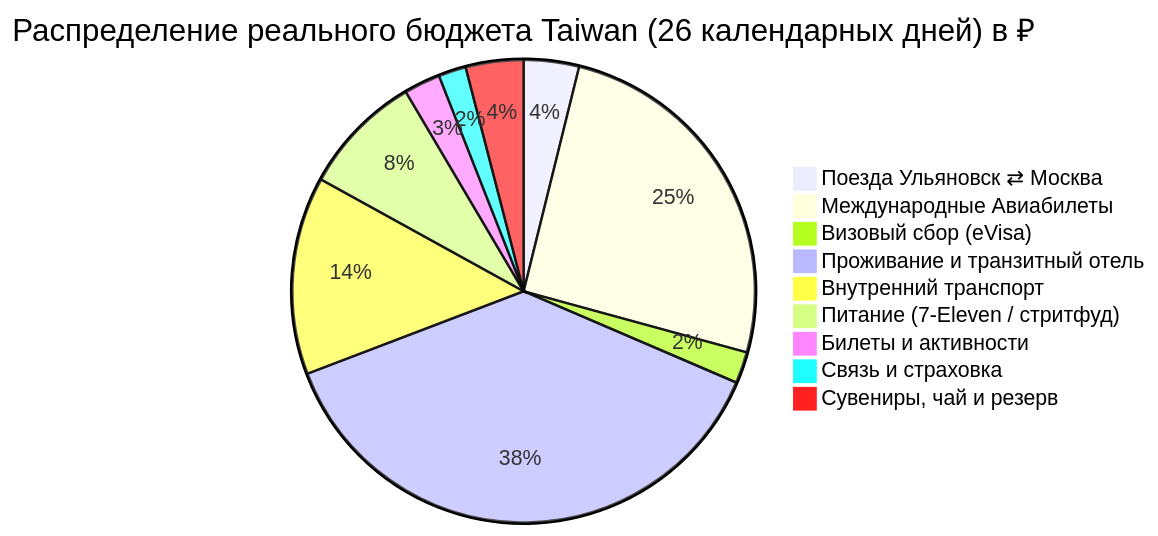
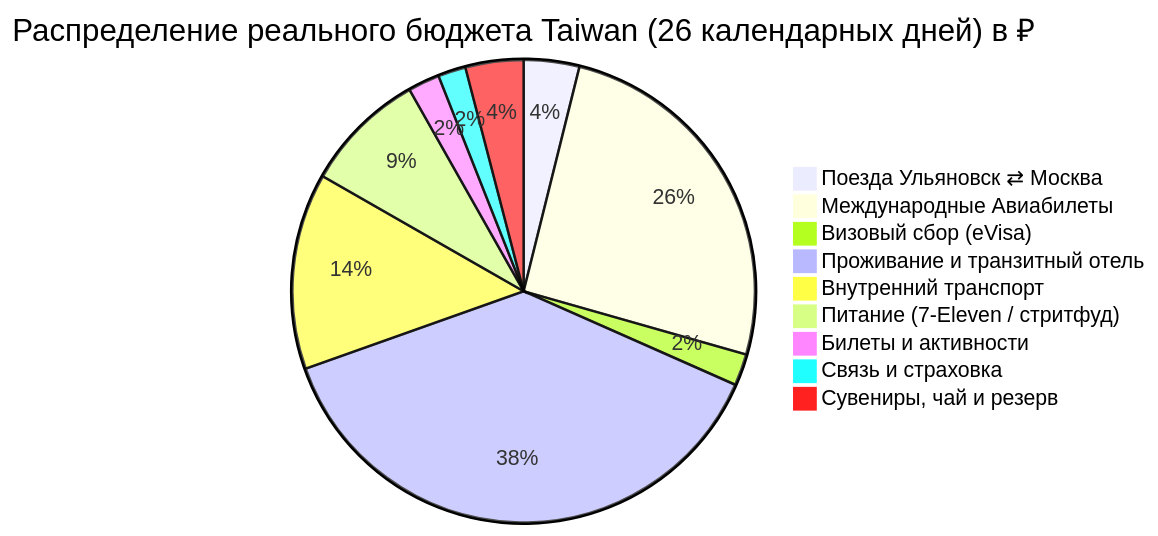
The diagram in Personal Note/Travel/-- Taiwan/04 - Финансы/Финансы.md (injurka/obsidian-mark), drawn with Mermaid before and after one commit. The commit also changed other lines of this file and 47 other files, not shown here.

````diff
--- a/Personal Note/Travel/-- Taiwan/04 - Финансы/Финансы.md
+++ b/Personal Note/Travel/-- Taiwan/04 - Финансы/Финансы.md
@@ -14,12 +14,12 @@
 ```mermaid
 pie title Распределение реального бюджета Taiwan (26 календарных дней) в ₽
     "Поезда Ульяновск ⇄ Москва" : 8419
     "Международные Авиабилеты" : 55412
     "Визовый сбор (eVisa)" : 4800
     "Проживание и транзитный отель" : 82357
-    "Внутренний транспорт" : 30155
+    "Внутренний транспорт" : 29735
     "Питание (7-Eleven / стритфуд)" : 18500
-    "Билеты и активности" : 5540
+    "Билеты и активности" : 4796
     "Связь и страховка" : 4200
     "Сувениры, чай и резерв" : 8800
 ```
````
